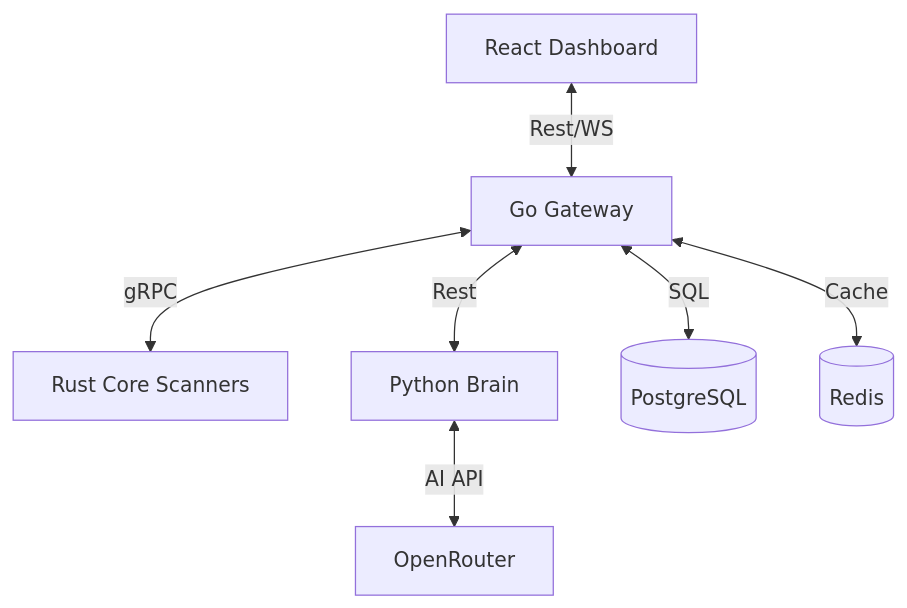
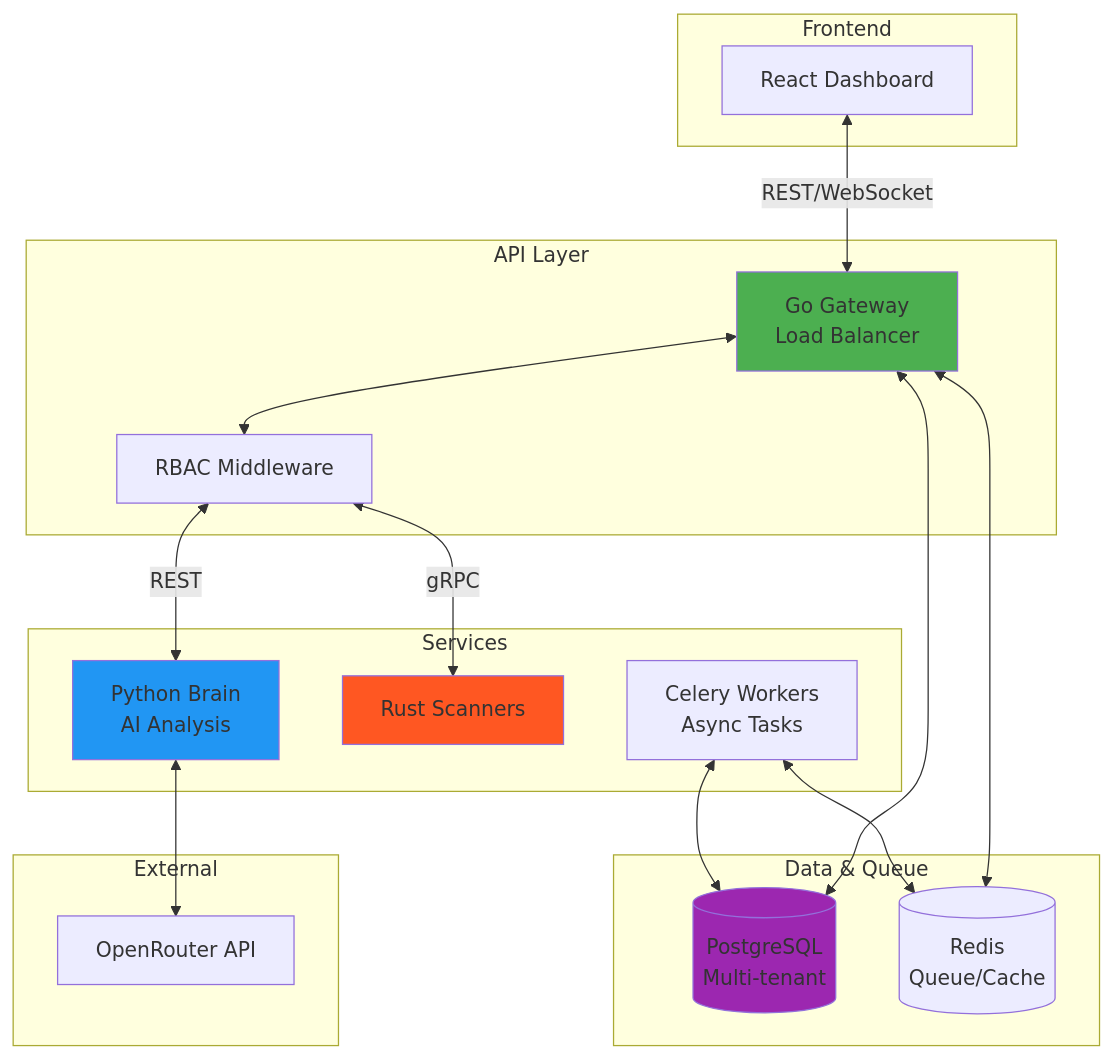
Before and after one commit to csa7mdm/Cypersecurity: the diagram in README.md, drawn with Mermaid. The commit also changed other lines of this file and 2 other files, not shown here.

````diff
--- a/README.md
+++ b/README.md
@@ -44,9 +66,41 @@
 ```mermaid
-graph TD
-    A[React Dashboard] <-->|Rest/WS| B[Go Gateway]
-    B <-->|gRPC| C[Rust Core Scanners]
-    B <-->|Rest| D[Python Brain]
-    D <-->|AI API| E[OpenRouter]
-    B <-->|SQL| F[(PostgreSQL)]
-    B <-->|Cache| G[(Redis)]
+graph TB
+    subgraph "Frontend"
+        UI[React Dashboard]
+    end
+    
+    subgraph "API Layer"
+        GW[Go Gateway<br/>Load Balancer]
+        RBAC[RBAC Middleware]
+    end
+    
+    subgraph "Services"
+        BRAIN[Python Brain<br/>AI Analysis]
+        CORE[Rust Scanners]
+        CELERY[Celery Workers<br/>Async Tasks]
+    end
+    
+    subgraph "Data & Queue"
+        DB[(PostgreSQL<br/>Multi-tenant)]
+        REDIS[(Redis<br/>Queue/Cache)]
+    end
+    
+    subgraph "External"
+        AI[OpenRouter API]
+    end
+    
+    UI <-->|REST/WebSocket| GW
+    GW <--> RBAC
+    RBAC <-->|REST| BRAIN
+    RBAC <-->|gRPC| CORE
+    GW <--> DB
+    GW <--> REDIS
+    BRAIN <--> AI
+    CELERY <--> REDIS
+    CELERY <--> DB
+    
+    style GW fill:#4CAF50
+    style BRAIN fill:#2196F3
+    style CORE fill:#FF5722
+    style DB fill:#9C27B0
 ```
````
